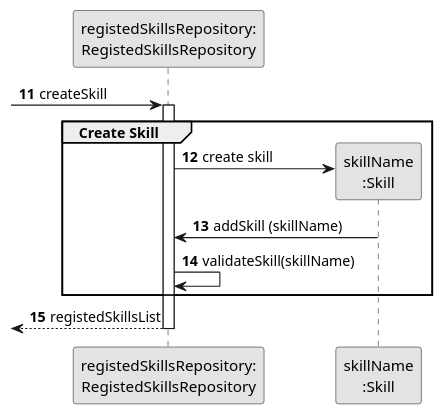
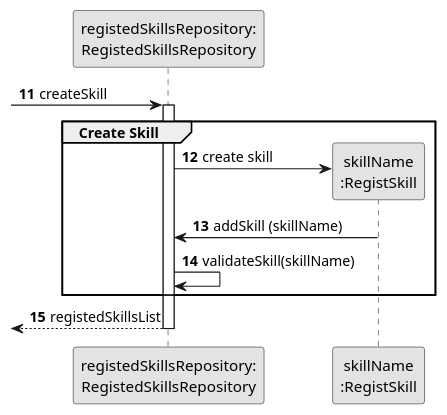
One commit to 1231360-ISEP/lei-24-s2-1db-g021 changed the diagram in docs/sprint2/us001/03.design/puml/us001-sequence-diagram-partial-create-skill.puml. Above: the diagram before and after it, drawn with PlantUML. The commit also changed 5 other files, not shown here.

Commit message:
Update US01 - Sequence Diagrams, Class Diagram and SVG´s

```diff
--- a/docs/sprint2/us001/03.design/puml/us001-sequence-diagram-partial-create-skill.puml
+++ b/docs/sprint2/us001/03.design/puml/us001-sequence-diagram-partial-create-skill.puml
@@ -1,27 +1,27 @@
 @startuml
 skinparam monochrome true
 skinparam packageStyle rectangle
 skinparam shadowing false
 
 participant "registedSkillsRepository:\nRegistedSkillsRepository" as RegistedSkillsRepository
-participant "skillName\n:Skill" as TAREFA
+participant "skillName\n:RegistSkill" as TAREFA
 
 autonumber 11
 -> RegistedSkillsRepository: createSkill
 
 activate RegistedSkillsRepository
     group Create Skill
 
         RegistedSkillsRepository -> TAREFA**: create skill
         TAREFA -> RegistedSkillsRepository: addSkill (skillName)
 
             RegistedSkillsRepository -> RegistedSkillsRepository: validateSkill(skillName)
 
     end
 
     <-- RegistedSkillsRepository : registedSkillsList
 
 deactivate RegistedSkillsRepository
 
 
 @enduml
```
